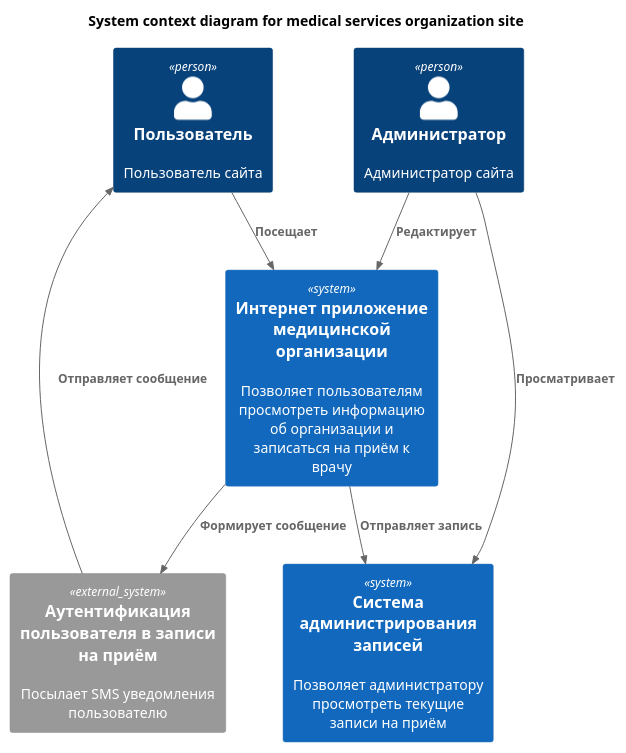
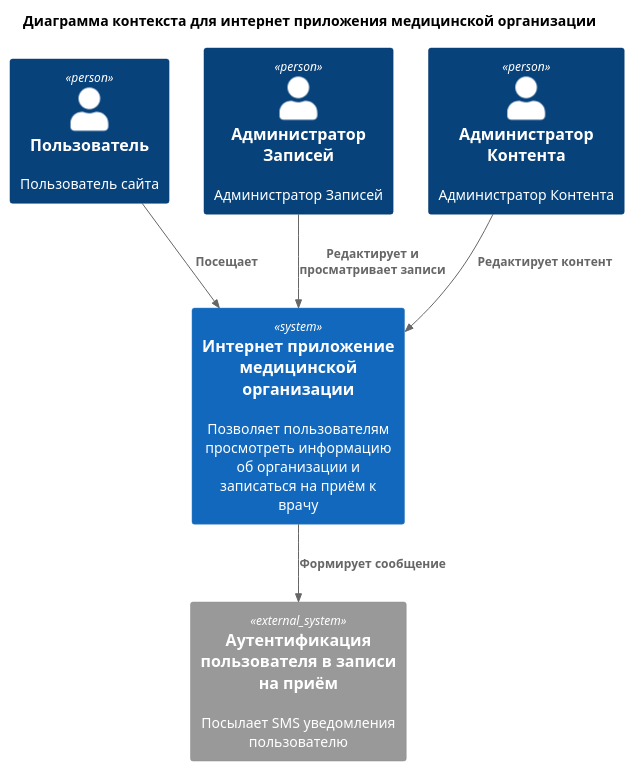
One commit to Vovkarik/RKB changed the diagram in docs/UML/ContextDiagram.puml. Above: the diagram before and after it, drawn with PlantUML. The commit also changed 3 other files, not shown here.

Commit message:
Changed diagrams and added use case diagram

```diff
--- a/docs/UML/ContextDiagram.puml
+++ b/docs/UML/ContextDiagram.puml
@@ -1,23 +1,20 @@
 @startuml
 !includeurl https://raw.githubusercontent.com/RicardoNiepel/C4-PlantUML/master/C4_Context.puml
 ' uncomment the following line and comment the first to use locally
 ' !include C4_Context.puml
 
 ' LAYOUT_WITH_LEGEND
 
-title System context diagram for medical services organization site
+title Диаграмма контекста для интернет приложения медицинской организации
 
 Person(customer, "Пользователь", "Пользователь сайта")
-Person(admin, "Администратор", "Администратор сайта")
-
+Person(appointment_admin, Администратор Записей, "Администратор Записей")
+Person(content_admin, "Администратор Контента", "Администратор Контента")
 System(site, "Интернет приложение медицинской организации", "Позволяет пользователям просмотреть информацию об организации и записаться на приём к врачу")
-System(crm, "Система администрирования записей", "Позволяет администратору просмотреть текущие записи на приём")
 System_Ext(SMS, "Аутентификация пользователя в записи на приём", "Посылает SMS уведомления пользователю")
 
 Rel(customer, site, "Посещает")
-Rel(admin, crm, "Просматривает")
-Rel(admin, site, "Редактирует")
-Rel(site, crm, "Отправляет запись")
+Rel(content_admin, site, "Редактирует контент")
+Rel(appointment_admin, site, "Редактирует и просматривает записи")
 Rel(site, SMS, "Формирует сообщение")
-Rel(SMS, customer, "Отправляет сообщение")
 @enduml
```
